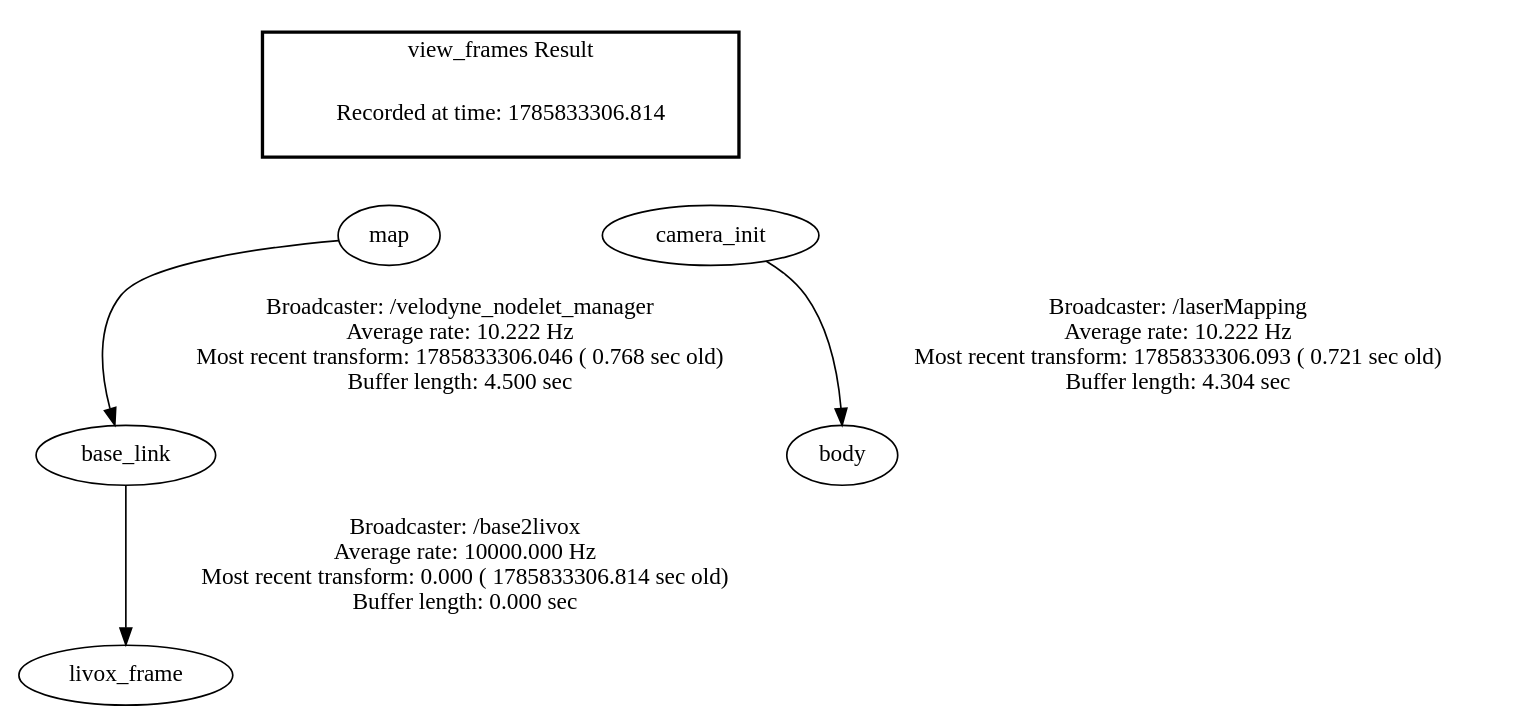
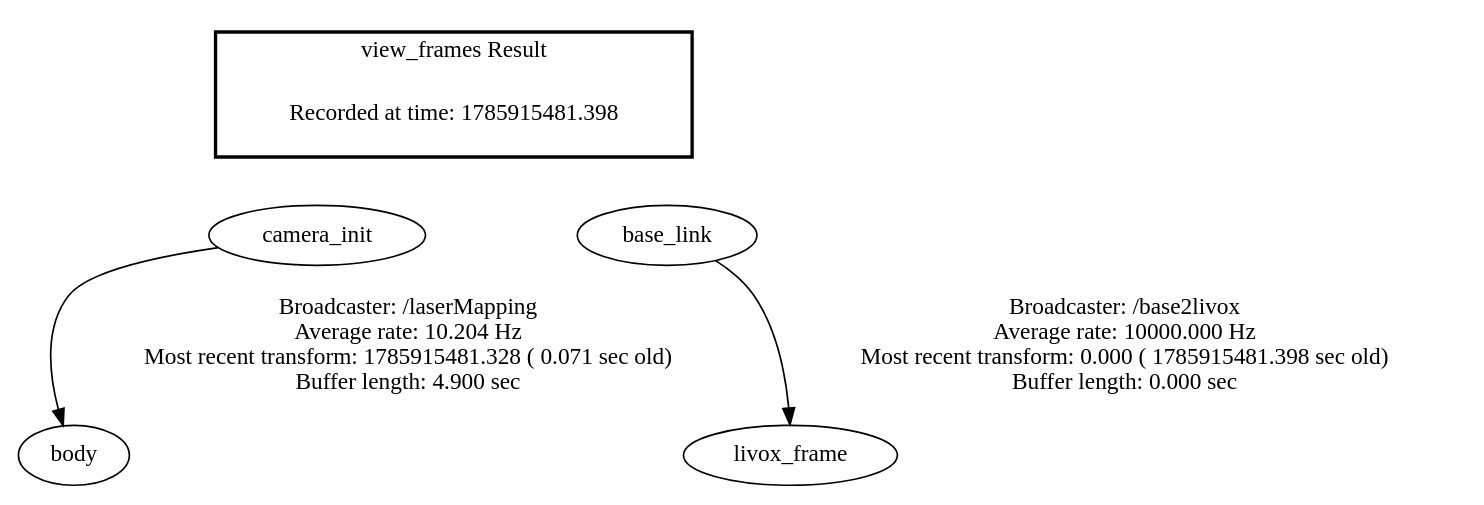
One commit to zhshui/slam_navx86 changed the diagram in ros_web_gui_app/frames.gv. Above: the diagram before and after it, drawn with Graphviz. The commit also changed 143 other files, not shown here.

```diff
--- a/ros_web_gui_app/frames.gv
+++ b/ros_web_gui_app/frames.gv
@@ -1,13 +1,12 @@
 digraph G {
-"base_link" -> "livox_frame"[label="Broadcaster: /base2livox\nAverage rate: 10000.000 Hz\nMost recent transform: 0.000 ( 1785833306.814 sec old)\nBuffer length: 0.000 sec\n"];
-"map" -> "base_link"[label="Broadcaster: /velodyne_nodelet_manager\nAverage rate: 10.222 Hz\nMost recent transform: 1785833306.046 ( 0.768 sec old)\nBuffer length: 4.500 sec\n"];
-"camera_init" -> "body"[label="Broadcaster: /laserMapping\nAverage rate: 10.222 Hz\nMost recent transform: 1785833306.093 ( 0.721 sec old)\nBuffer length: 4.304 sec\n"];
+"camera_init" -> "body"[label="Broadcaster: /laserMapping\nAverage rate: 10.204 Hz\nMost recent transform: 1785915481.328 ( 0.071 sec old)\nBuffer length: 4.900 sec\n"];
+"base_link" -> "livox_frame"[label="Broadcaster: /base2livox\nAverage rate: 10000.000 Hz\nMost recent transform: 0.000 ( 1785915481.398 sec old)\nBuffer length: 0.000 sec\n"];
 edge [style=invis];
  subgraph cluster_legend { style=bold; color=black; label ="view_frames Result";
-"Recorded at time: 1785833306.814"[ shape=plaintext ] ;
- }->"map";
+"Recorded at time: 1785915481.398"[ shape=plaintext ] ;
+ }->"camera_init";
 edge [style=invis];
  subgraph cluster_legend { style=bold; color=black; label ="view_frames Result";
-"Recorded at time: 1785833306.814"[ shape=plaintext ] ;
- }->"camera_init";
+"Recorded at time: 1785915481.398"[ shape=plaintext ] ;
+ }->"base_link";
 }
```
